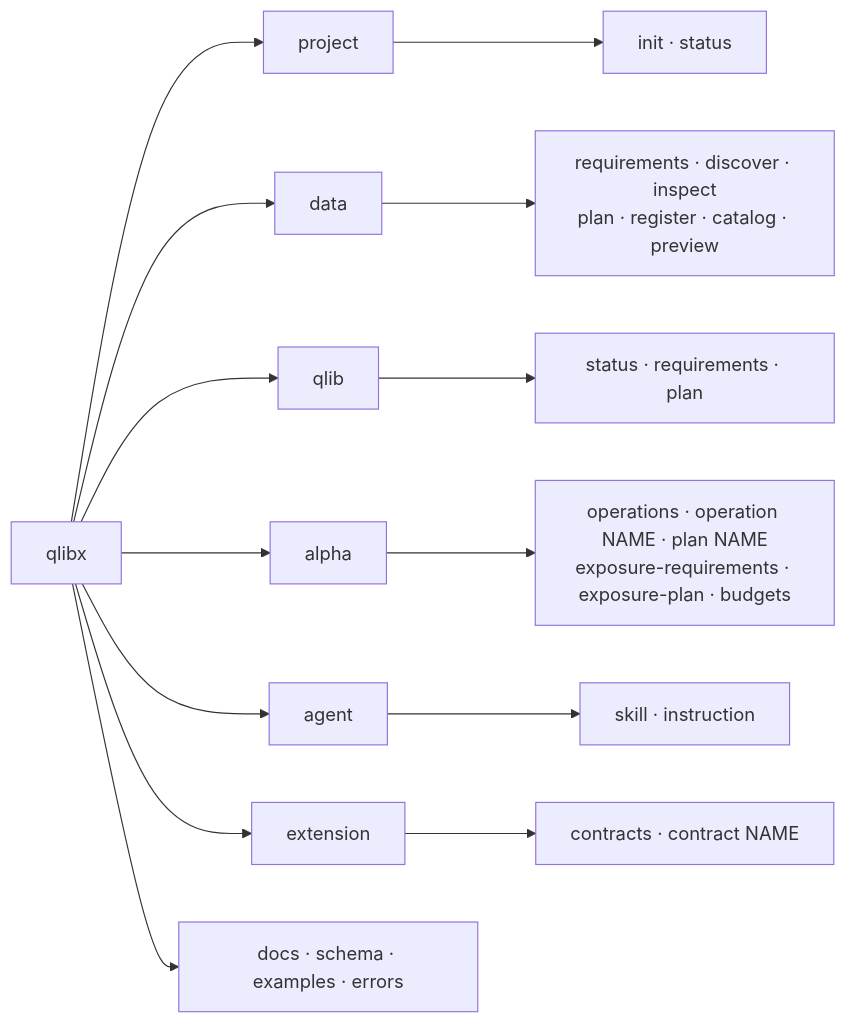
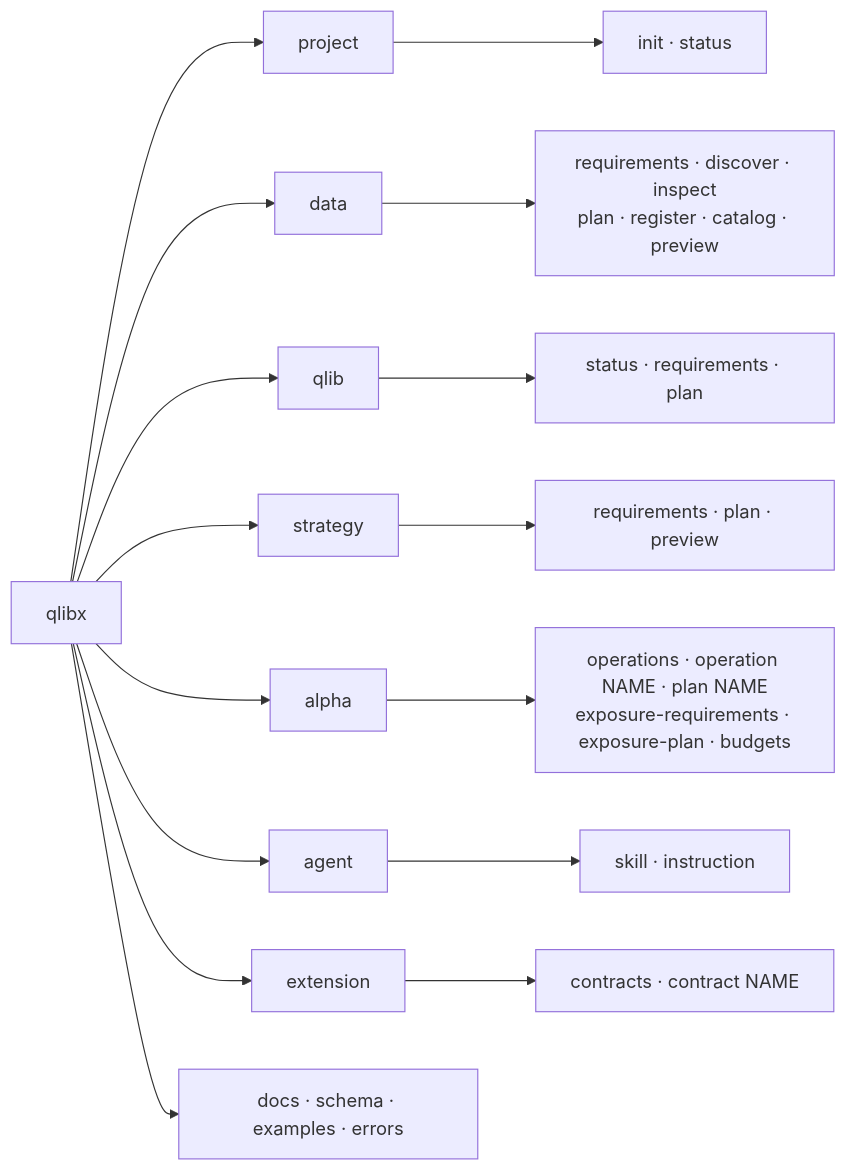
One commit to jaepil-choi/qlibx changed the third of 15 diagrams in docs/qlibx-architecture.md. Above: the diagram before and after it, drawn with Mermaid. The commit also changed other lines of this file and 22 other files, not shown here.

````diff
--- a/docs/qlibx-architecture.md
+++ b/docs/qlibx-architecture.md
@@ -253,10 +262,11 @@
 ```mermaid
 flowchart LR
     Q["qlibx"] --> P["project"] --> P1["init · status"]
     Q --> D["data"] --> D1["requirements · discover · inspect<br/>plan · register · catalog · preview"]
     Q --> QL["qlib"] --> QL1["status · requirements · plan"]
+    Q --> STG["strategy"] --> STG1["requirements · plan · preview"]
     Q --> AL["alpha"] --> AL1["operations · operation NAME · plan NAME<br/>exposure-requirements · exposure-plan · budgets"]
     Q --> AG["agent"] --> AG1["skill · instruction"]
     Q --> EX["extension"] --> EX1["contracts · contract NAME"]
     Q --> DOC["docs · schema · examples · errors"]
 ```
````
